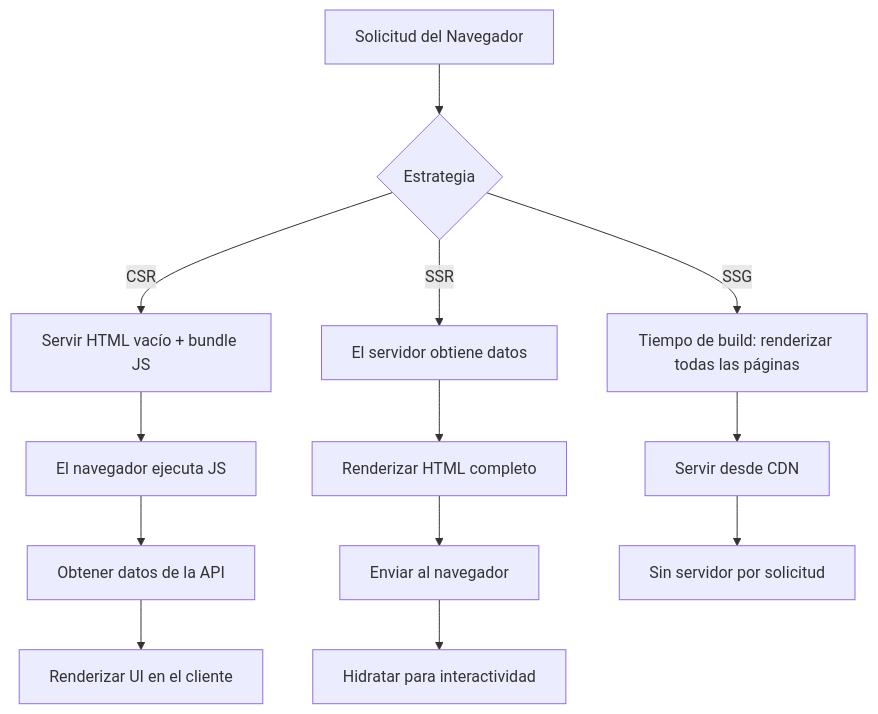
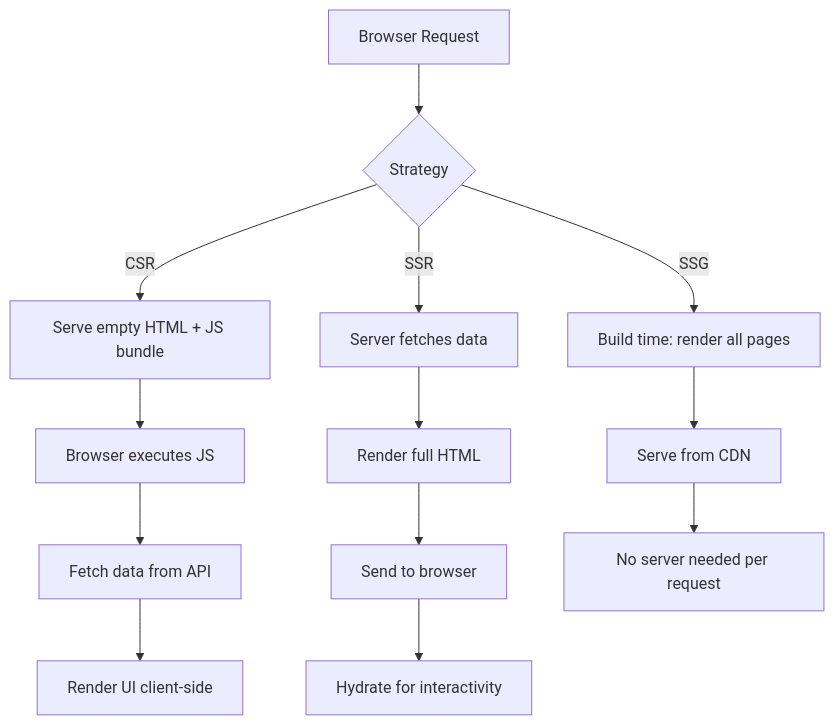
Before and after one commit to jsa4000/Getting-Started-Fullstack: the fourth of 4 diagrams in docs/slides/SLIDES.es.md, drawn with Mermaid. The commit also changed other lines of this file and 2 other files, not shown here.

Commit message:
Generated html slides and spanish version

````diff
--- a/docs/slides/SLIDES.es.md
+++ b/docs/slides/SLIDES.es.md
@@ -537,15 +537,15 @@
 ```mermaid
 flowchart TD
-    A[Solicitud del Navegador] --> B{Estrategia}
-    B -->|CSR| C[Servir HTML vacío + bundle JS]
-    C --> D[El navegador ejecuta JS]
-    D --> E[Obtener datos de la API]
-    E --> F[Renderizar UI en el cliente]
-    B -->|SSR| G[El servidor obtiene datos]
-    G --> H[Renderizar HTML completo]
-    H --> I[Enviar al navegador]
-    I --> J[Hidratar para interactividad]
-    B -->|SSG| K[Tiempo de build: renderizar todas las páginas]
-    K --> L[Servir desde CDN]
-    L --> M[Sin servidor por solicitud]
+    A[Browser Request] --> B{Strategy}
+    B -->|CSR| C[Serve empty HTML + JS bundle]
+    C --> D[Browser executes JS]
+    D --> E[Fetch data from API]
+    E --> F[Render UI client-side]
+    B -->|SSR| G[Server fetches data]
+    G --> H[Render full HTML]
+    H --> I[Send to browser]
+    I --> J[Hydrate for interactivity]
+    B -->|SSG| K[Build time: render all pages]
+    K --> L[Serve from CDN]
+    L --> M[No server needed per request]
 ```
````
